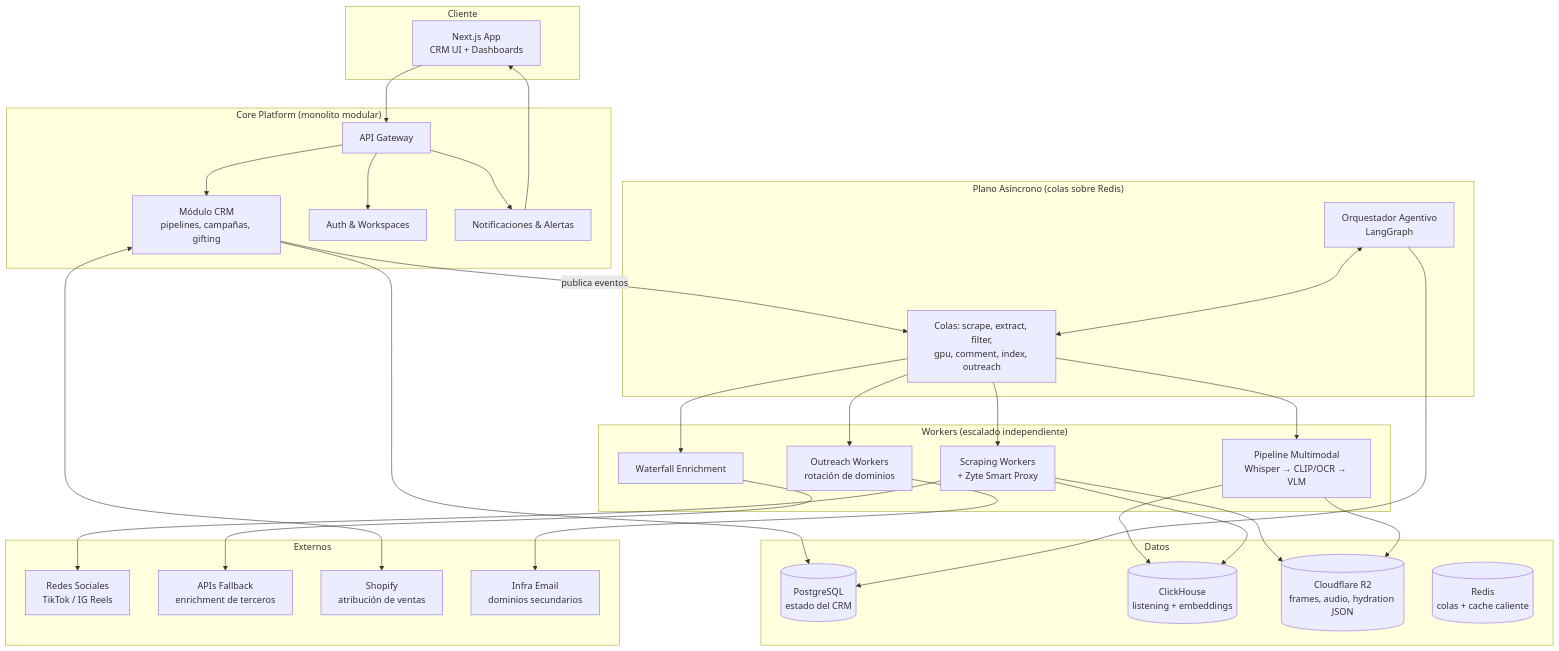
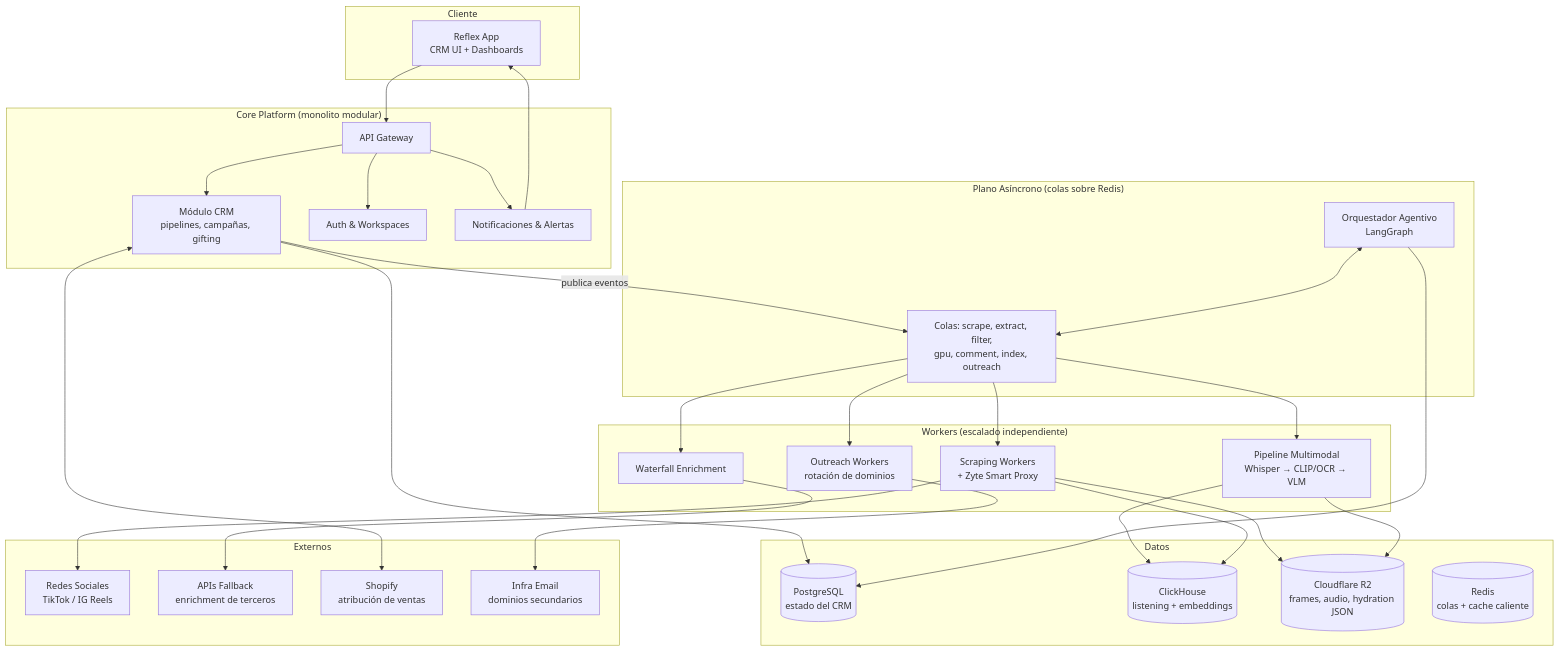
The first of 2 diagrams in docs/arquitectura.md (AttitudeFactory/Qualify), drawn with Mermaid before and after one commit. The commit also changed other lines of this file and 1 other file, not shown here.

Commit message:
docs: lock Reflex as the decided CRM UI, replacing Next.js placeholder
Reflex already has a working scaffold (mentions dashboard, SQLModel
seed data) while Next.js was never implemented — update the C4
diagram, add ADR 8 recording the decision, and bring CLAUDE.md's repo
status/stack/repo-layout notes in line so they stop treating Reflex
as an unconnected accident of the Agents/skills setup.

Claude-Session: https://claude.ai/code/session_01YKLxFvUAakeDvXKFP6BPnH

````diff
--- a/docs/arquitectura.md
+++ b/docs/arquitectura.md
@@ -20,56 +20,56 @@
 ```mermaid
 graph TB
     subgraph Cliente
-        UI[Next.js App<br/>CRM UI + Dashboards]
+        UI[Reflex App<br/>CRM UI + Dashboards]
     end
 
     subgraph Core["Core Platform (monolito modular)"]
         API[API Gateway]
         CRM[Módulo CRM<br/>pipelines, campañas, gifting]
         AUTH[Auth & Workspaces]
         NOTIF[Notificaciones & Alertas]
     end
 
     subgraph Async["Plano Asíncrono (colas sobre Redis)"]
         ORCH[Orquestador Agentivo<br/>LangGraph]
         QW[Colas: scrape, extract, filter,<br/>gpu, comment, index, outreach]
     end
 
     subgraph Workers["Workers (escalado independiente)"]
         SCR[Scraping Workers<br/>+ Zyte Smart Proxy]
         ENR[Waterfall Enrichment]
         MM[Pipeline Multimodal<br/>Whisper → CLIP/OCR → VLM]
         OUT[Outreach Workers<br/>rotación de dominios]
     end
 
     subgraph Datos
         PG[(PostgreSQL<br/>estado del CRM)]
         CH[(ClickHouse<br/>listening + embeddings)]
         S3[(Cloudflare R2<br/>frames, audio, hydration JSON)]
         RD[(Redis<br/>colas + cache caliente)]
     end
 
     subgraph Externos
         SN[Redes Sociales<br/>TikTok / IG Reels]
         FB[APIs Fallback<br/>enrichment de terceros]
         SH[Shopify<br/>atribución de ventas]
         ESP[Infra Email<br/>dominios secundarios]
     end
 
     UI --> API
     API --> CRM & AUTH & NOTIF
     CRM --> PG
     CRM -- "publica eventos" --> QW
     ORCH <--> QW
     QW --> SCR & ENR & MM & OUT
     SCR --> SN
     SCR --> S3
     ENR --> FB
     MM --> S3
     MM --> CH
     SCR --> CH
     OUT --> ESP
     CRM <--> SH
     NOTIF --> UI
     ORCH --> PG
 ```
````
